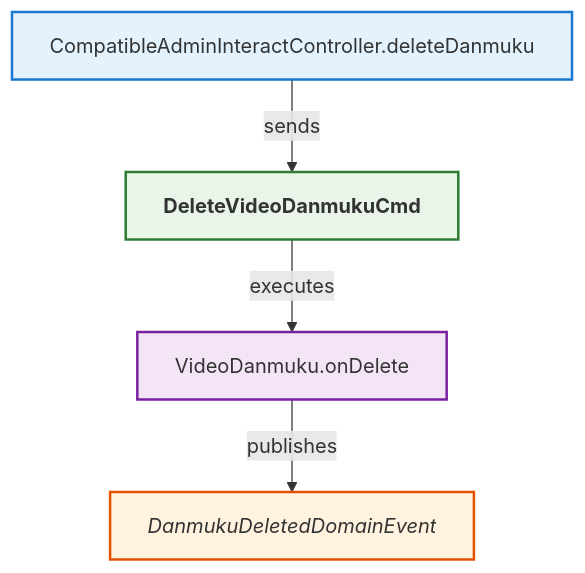
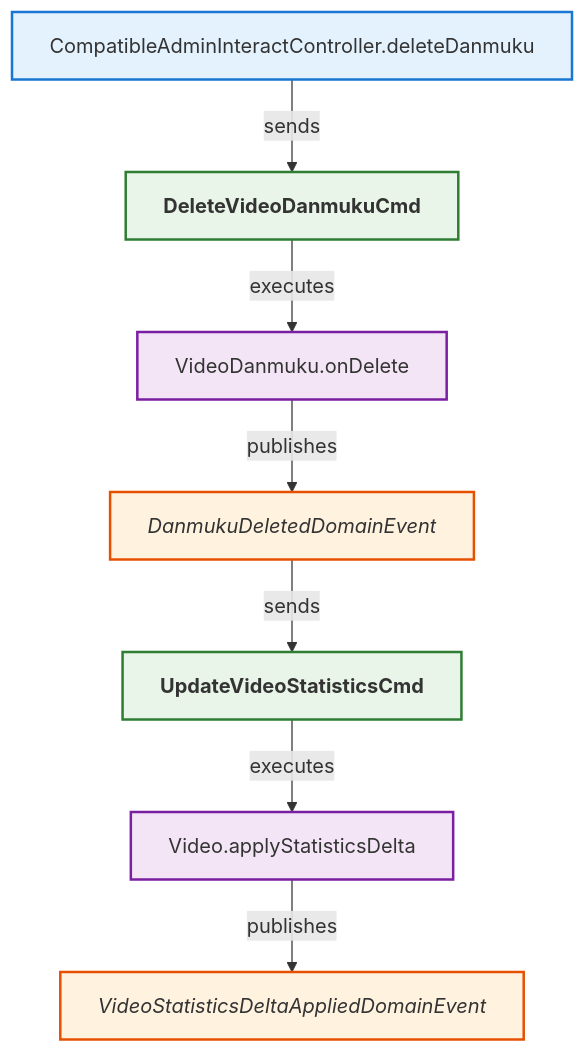
Before and after one commit to LDmoxeii/only-danmuku: the diagram in analysis/CompatibleAdminInteractController_delDanmu.mmd, drawn with Mermaid.

Commit message:
feat(danmuku): 删除弹幕时更新视频统计数据

```diff
--- a/analysis/CompatibleAdminInteractController_delDanmu.mmd
+++ b/analysis/CompatibleAdminInteractController_delDanmu.mmd
@@ -1,34 +1,43 @@
 flowchart TB
 
     N1["CompatibleAdminInteractController.deleteDanmuku"]
     class N1 controllermethod;
 
     C1["DeleteVideoDanmukuCmd"]
     class C1 command;
     A1["VideoDanmuku.onDelete"]
     class A1 entitymethod;
     E1["DanmukuDeletedDomainEvent"]
     class E1 domainevent;
+    CC2["UpdateVideoStatisticsCmd"]
+    class CC2 command;
+    A2["Video.applyStatisticsDelta"]
+    class A2 entitymethod;
+    E2["VideoStatisticsDeltaAppliedDomainEvent"]
+    class E2 domainevent;
 
     %% Relationships
     N1 -->|sends| C1
     C1 -->|executes| A1
     A1 -->|publishes| E1
+    E1 -->|sends| CC2
+    CC2 -->|executes| A2
+    A2 -->|publishes| E2
 
     %% Styles
     classDef controller fill:#e3f2fd,stroke:#1565c0,stroke-width:2px,font-weight:bold;
     classDef controllermethod fill:#e3f2fd,stroke:#1976d2,stroke-width:2px;
     classDef endpoint fill:#e3f2fd,stroke:#42a5f5,stroke-width:2px;
     classDef commandsender fill:#e3f2fd,stroke:#1565c0,stroke-width:2px,font-style:italic;
     classDef commandsendermethod fill:#e3f2fd,stroke:#1976d2,stroke-width:2px,font-style:italic;
     classDef command fill:#e8f5e8,stroke:#2e7d32,stroke-width:2px,font-weight:bold;
     classDef commandhandler fill:#e8f5e8,stroke:#388e3c,stroke-width:2px,font-weight:bold;
     classDef aggregate fill:#fff8e1,stroke:#ff8f00,stroke-width:3px,font-weight:bold;
     classDef entitymethod fill:#f3e5f5,stroke:#7b1fa2,stroke-width:2px;
     classDef domainevent fill:#fff3e0,stroke:#e65100,stroke-width:2px,font-style:italic;
     classDef domaineventhandler fill:#fff3e0,stroke:#ef6c00,stroke-width:2px,font-weight:bold;
     classDef integrationevent fill:#fce4ec,stroke:#880e4f,stroke-width:2px;
     classDef integrationeventhandler fill:#fce4ec,stroke:#ad1457,stroke-width:2px,font-weight:bold;
     classDef integrationeventconverter fill:#e3f2fd,stroke:#0277bd,stroke-width:2px;
     classDef repo fill:#d6dbdf,stroke:#85929e,stroke-width:2px;
     classDef uow fill:#f2f4f4,stroke:#7f8c8d,stroke-width:2px;
```
